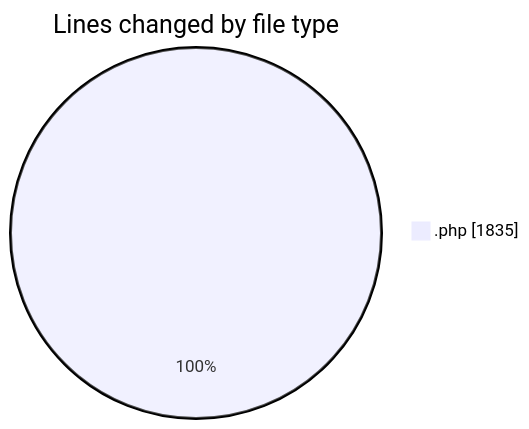
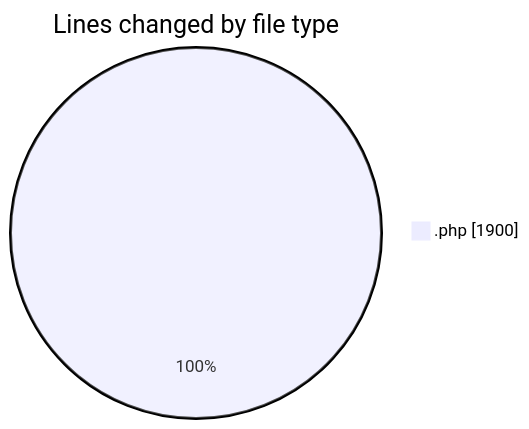
One commit to debugP/code-tracking changed the first of 2 diagrams in 2025-10-07/untitled__workspace_/README.md. Above: the diagram before and after it, drawn with Mermaid. The commit also changed other lines of this file and 1 other file, not shown here.

````diff
--- a/2025-10-07/untitled__workspace_/README.md
+++ b/2025-10-07/untitled__workspace_/README.md
@@ -21,5 +21,5 @@
 ```mermaid
 pie showData
 title Lines changed by file type
-".php" : 1835
+".php" : 1900
 ```
````
